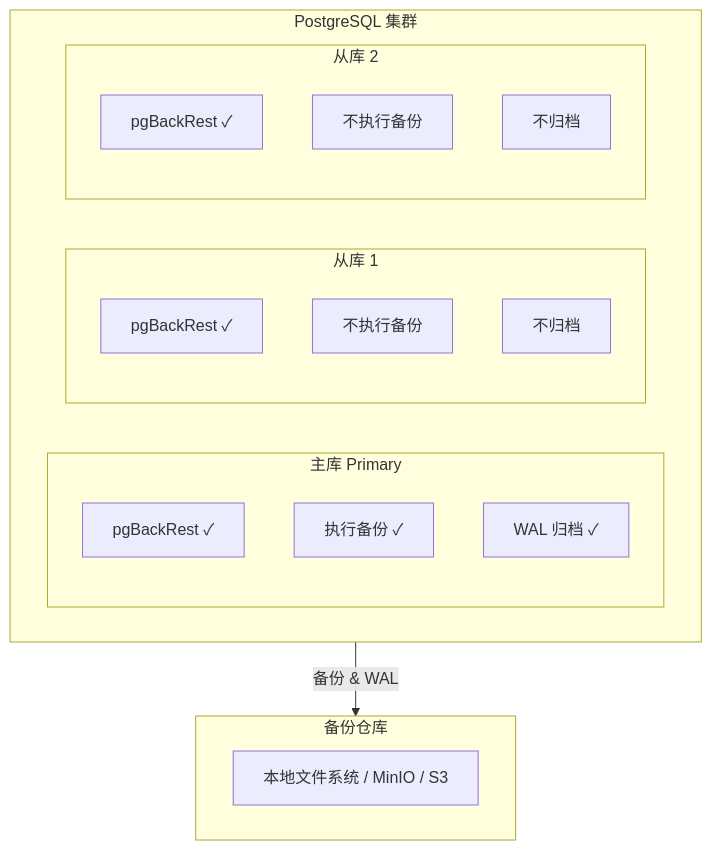
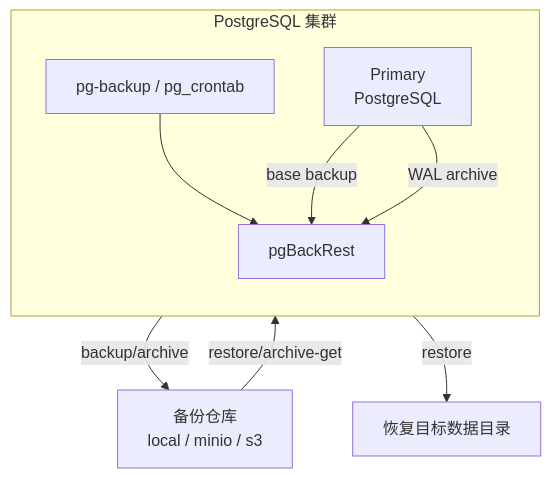
The diagram in content/docs/concept/pitr/arch.md (pgsty/pigsty.cc), drawn with Mermaid before and after one commit. The commit also changed other lines of this file and 21 other files, not shown here.

````diff
--- a/content/docs/concept/pitr/arch.md
+++ b/content/docs/concept/pitr/arch.md
@@ -102,25 +51,18 @@
 ```mermaid
 flowchart TB
     subgraph cluster["PostgreSQL 集群"]
-        direction LR
-        subgraph primary["主库 Primary"]
-            p1["pgBackRest ✓"]
-            p2["执行备份 ✓"]
-            p3["WAL 归档 ✓"]
-        end
-        subgraph replica1["从库 1"]
-            r1["pgBackRest ✓"]
-            r2["不执行备份"]
-            r3["不归档"]
-        end
-        subgraph replica2["从库 2"]
-            s1["pgBackRest ✓"]
-            s2["不执行备份"]
-            s3["不归档"]
-        end
+        direction TB
+        primary["Primary<br/>PostgreSQL"]
+        pb["pgBackRest"]
+        cron["pg-backup / pg_crontab"]
     end
-    subgraph repo["备份仓库"]
-        storage["本地文件系统 / MinIO / S3"]
-    end
-    primary -->|备份 & WAL| repo
+    repo["备份仓库<br/>local / minio / s3"]
+    restore["恢复目标数据目录"]
+
+    cron --> pb
+    primary -->|base backup| pb
+    primary -->|WAL archive| pb
+    pb -->|backup/archive| repo
+    repo -->|restore/archive-get| pb
+    pb -->|restore| restore
 ```
````
